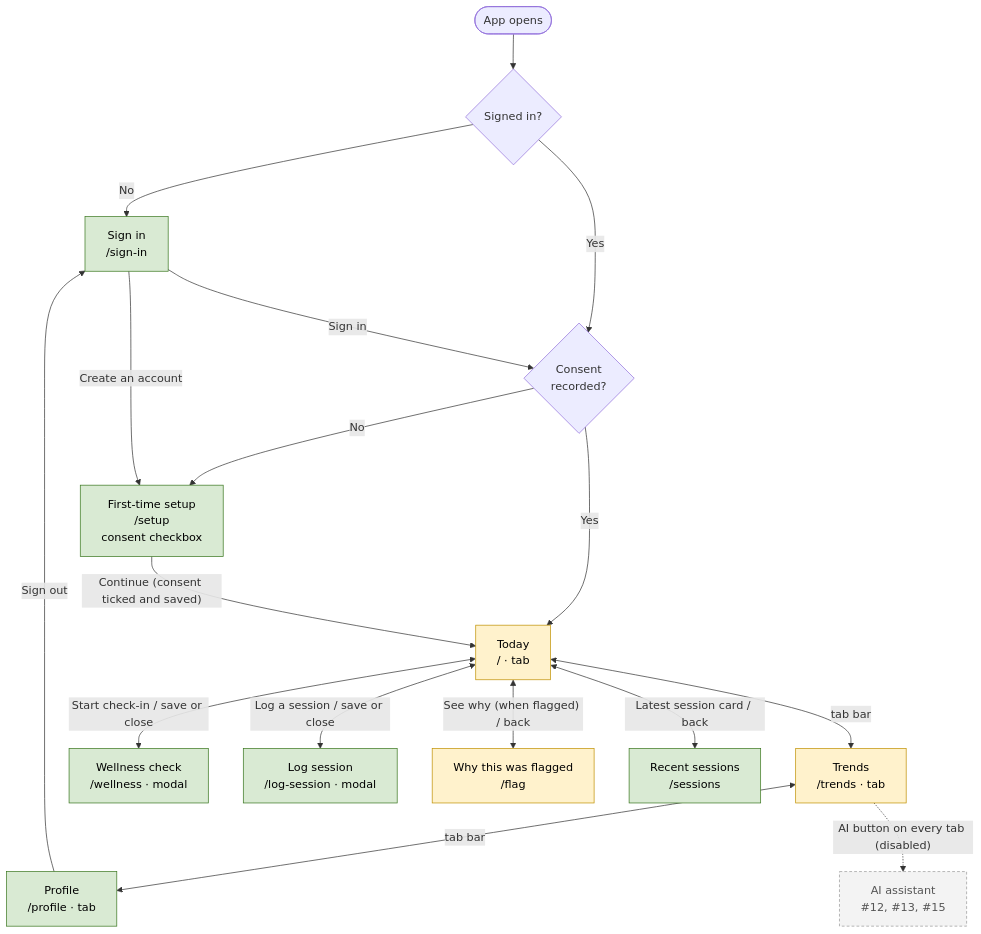
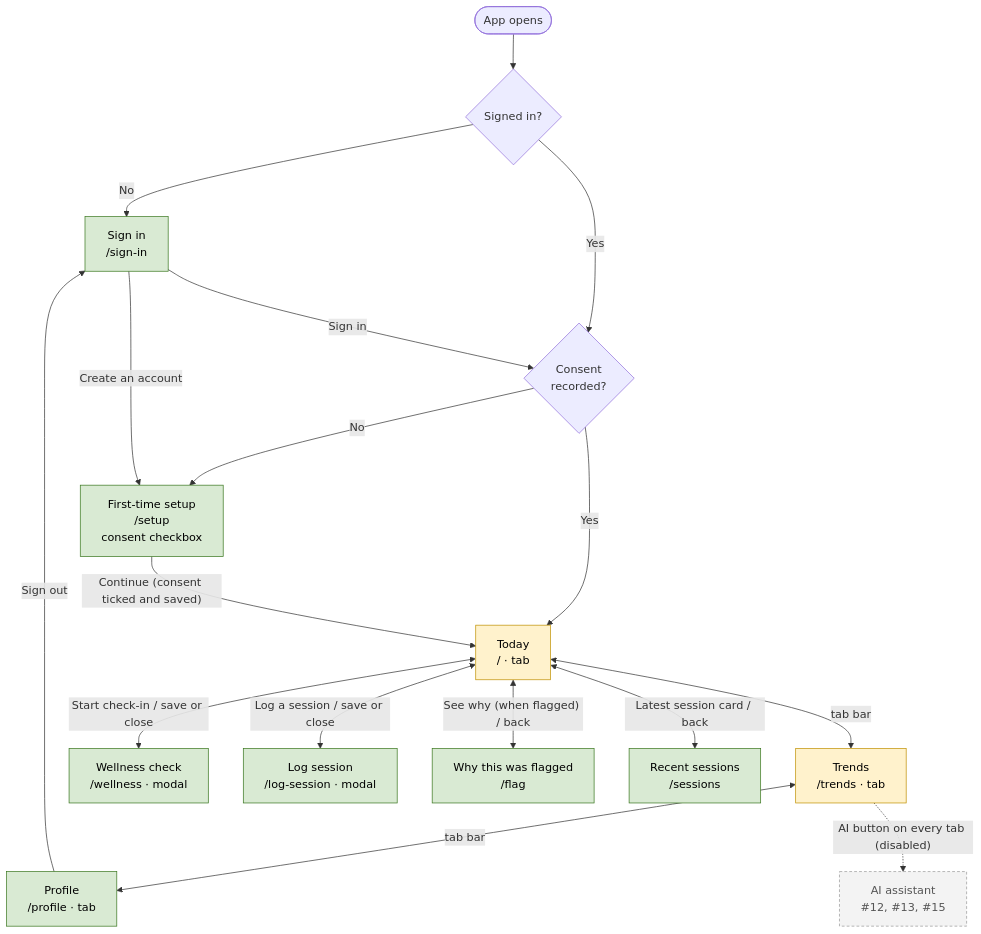
The first of 2 diagrams in docs/design/navigation-map.md (peterbryson/LoadWise), drawn with Mermaid before and after one commit. The commit also changed other lines of this file, not shown here.

Commit message:
docs(design): mark flags and wellness trend as real in the navigation map (#9)

````diff
--- a/docs/design/navigation-map.md
+++ b/docs/design/navigation-map.md
@@ -13,31 +13,31 @@
 ```mermaid
 flowchart TD
   start([App opens]) --> auth{Signed in?}
   auth -- No --> signin[Sign in<br/>/sign-in]
   auth -- Yes --> consent{Consent<br/>recorded?}
   consent -- Yes --> today
   consent -- No --> setup
   signin -- "Create an account" --> setup[First-time setup<br/>/setup<br/>consent checkbox]
   setup -- "Continue (consent ticked and saved)" --> today
   signin -- "Sign in" --> consent
 
   today[Today<br/>/ · tab]
   trends[Trends<br/>/trends · tab]
   profile[Profile<br/>/profile · tab]
   today <-- "tab bar" --> trends
   trends <-- "tab bar" --> profile
 
   today <-- "Start check-in / save or close" --> wellness[Wellness check<br/>/wellness · modal]
   today <-- "Log a session / save or close" --> logsession[Log session<br/>/log-session · modal]
   today <-- "See why (when flagged) / back" --> flag[Why this was flagged<br/>/flag]
   today <-- "Latest session card / back" --> history[Recent sessions<br/>/sessions]
   trends -.->|"AI button on every tab (disabled)"| ai[AI assistant<br/>#12, #13, #15]:::planned
 
   profile -- "Sign out" --> signin
 
-  class signin,setup,profile,wellness,logsession,history real
-  class today,trends,flag preview
+  class signin,setup,profile,wellness,logsession,history,flag real
+  class today,trends preview
   classDef real fill:#d9ead3,stroke:#38761d,color:#000
   classDef preview fill:#fff2cc,stroke:#bf9000,color:#000
   classDef planned fill:#f3f3f3,stroke:#999,stroke-dasharray:4 3,color:#555
 ```
````
